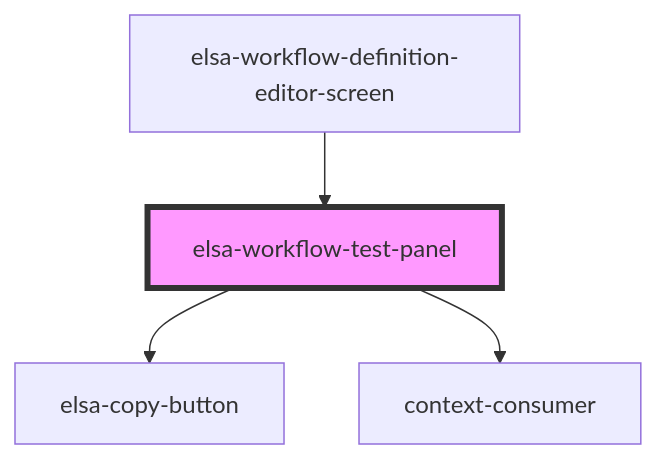
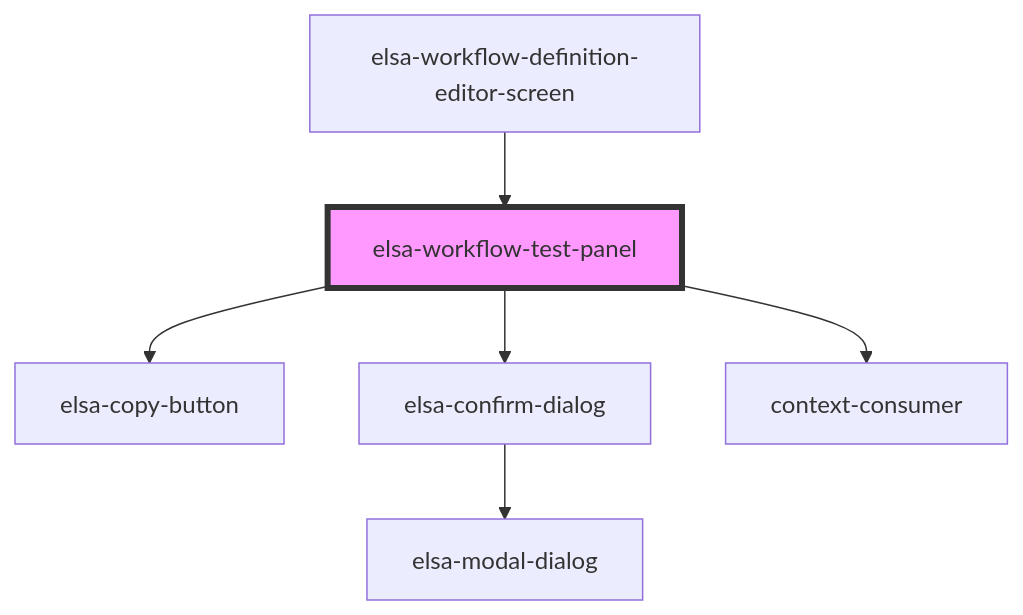
Before and after one commit to elsa-workflows/elsa-core: the diagram in src/designer/elsa-workflows-studio/src/components/screens/workflow-definition-editor/elsa-workflow-test-panel/readme.md, drawn with Mermaid. The commit also changed other lines of this file and 6 other files, not shown here.

````diff
--- a/src/designer/elsa-workflows-studio/src/components/screens/workflow-definition-editor/elsa-workflow-test-panel/readme.md
+++ b/src/designer/elsa-workflows-studio/src/components/screens/workflow-definition-editor/elsa-workflow-test-panel/readme.md
@@ -30,7 +31,9 @@
 ```mermaid
 graph TD;
   elsa-workflow-test-panel --> elsa-copy-button
+  elsa-workflow-test-panel --> elsa-confirm-dialog
   elsa-workflow-test-panel --> context-consumer
+  elsa-confirm-dialog --> elsa-modal-dialog
   elsa-workflow-definition-editor-screen --> elsa-workflow-test-panel
   style elsa-workflow-test-panel fill:#f9f,stroke:#333,stroke-width:4px
 ```
````
